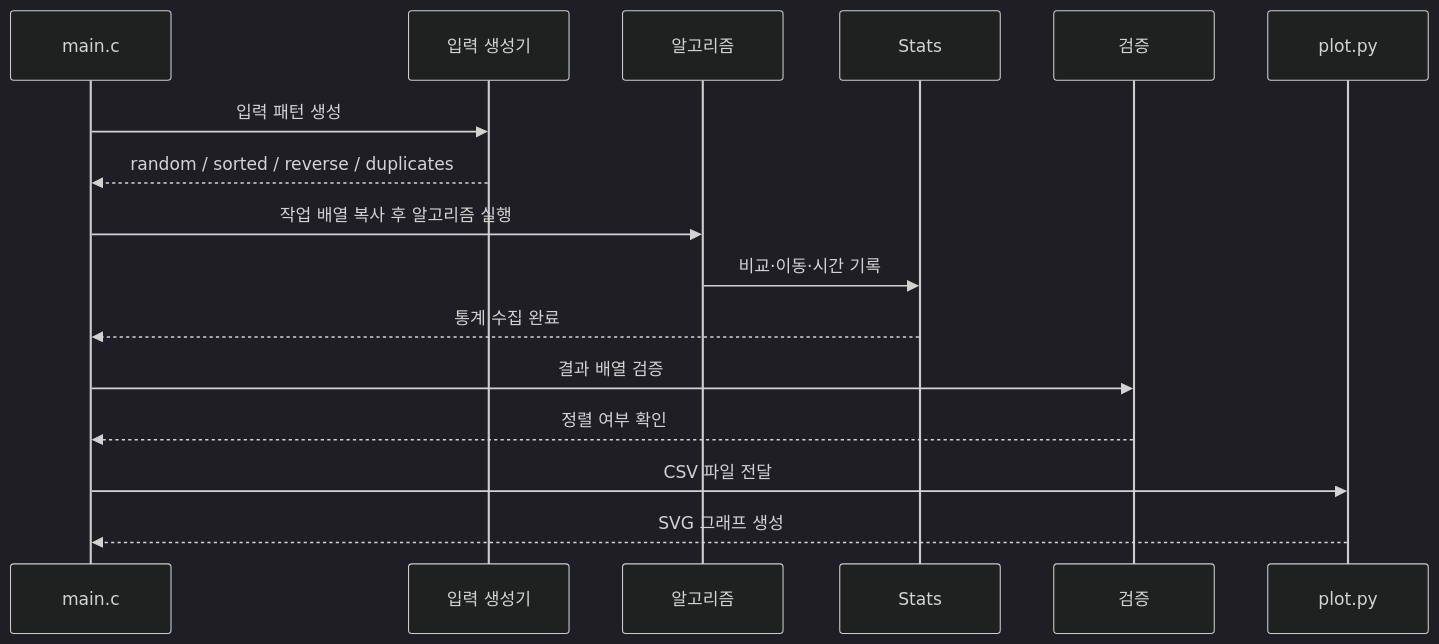
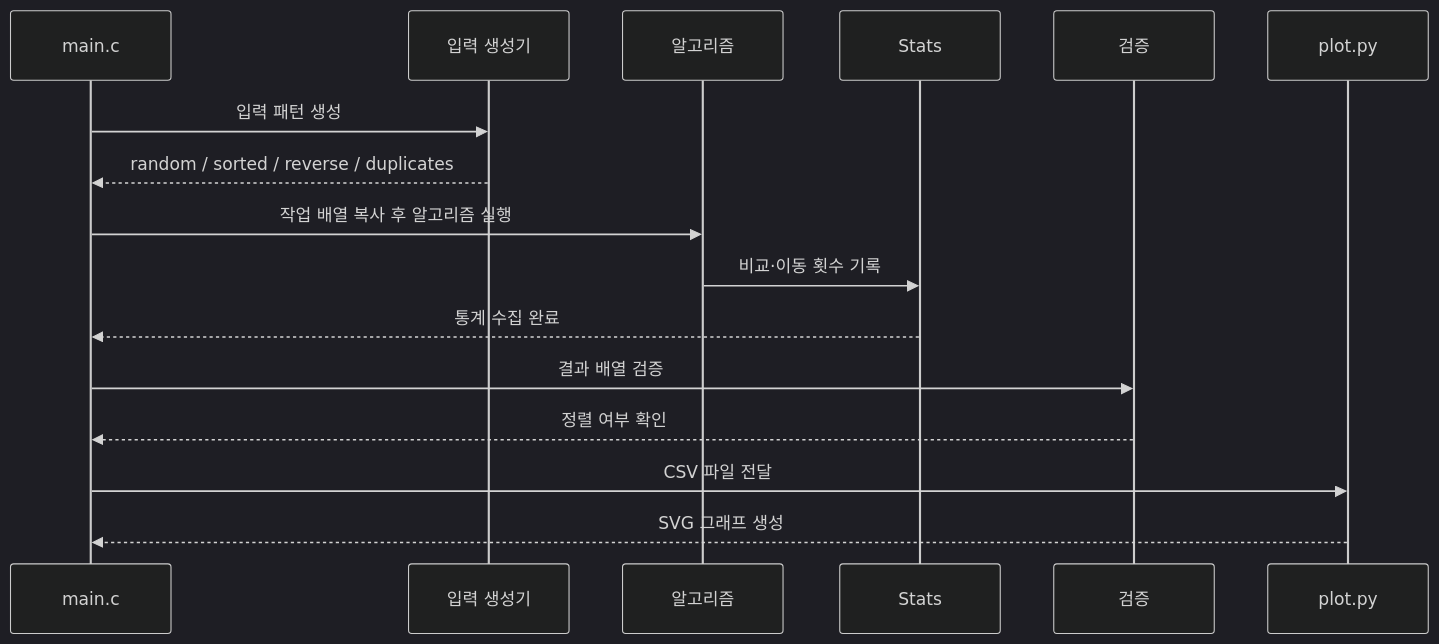
Before and after one commit to 2026193116/Compare-Sorting: the second of 2 diagrams in report/REPORT.md, drawn with Mermaid (dark theme). The commit also changed other lines of this file, not shown here.

````diff
--- a/report/REPORT.md
+++ b/report/REPORT.md
@@ -377,19 +377,19 @@
 ```mermaid
 sequenceDiagram
     participant M as main.c
     participant G as 입력 생성기
     participant A as 알고리즘
     participant S as Stats
     participant V as 검증
     participant P as plot.py
 
     M->>G: 입력 패턴 생성
     G-->>M: random / sorted / reverse / duplicates
     M->>A: 작업 배열 복사 후 알고리즘 실행
-    A->>S: 비교·이동·시간 기록
+    A->>S: 비교·이동 횟수 기록
     S-->>M: 통계 수집 완료
     M->>V: 결과 배열 검증
     V-->>M: 정렬 여부 확인
     M->>P: CSV 파일 전달
     P-->>M: SVG 그래프 생성
 ```
````
